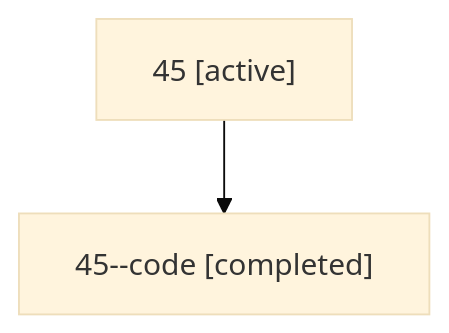
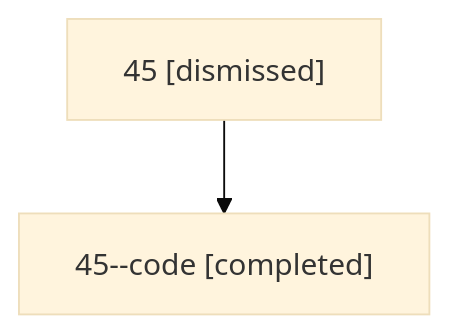
Before and after one commit to sase-org/sase--agents: the diagram in sessions/bbugyi200.athena.45.md, drawn with Mermaid (base theme). The commit also changed other lines of this file and 24 other files, not shown here.

````diff
--- a/sessions/bbugyi200.athena.45.md
+++ b/sessions/bbugyi200.athena.45.md
@@ -9,6 +9,6 @@
 ```mermaid
 flowchart TD
-  n0["45 [active]"]
+  n0["45 [dismissed]"]
   n1["45--code [completed]"]
   n0 --> n1
 ```
````
